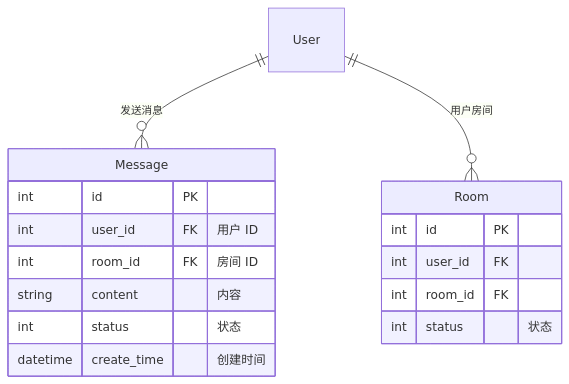
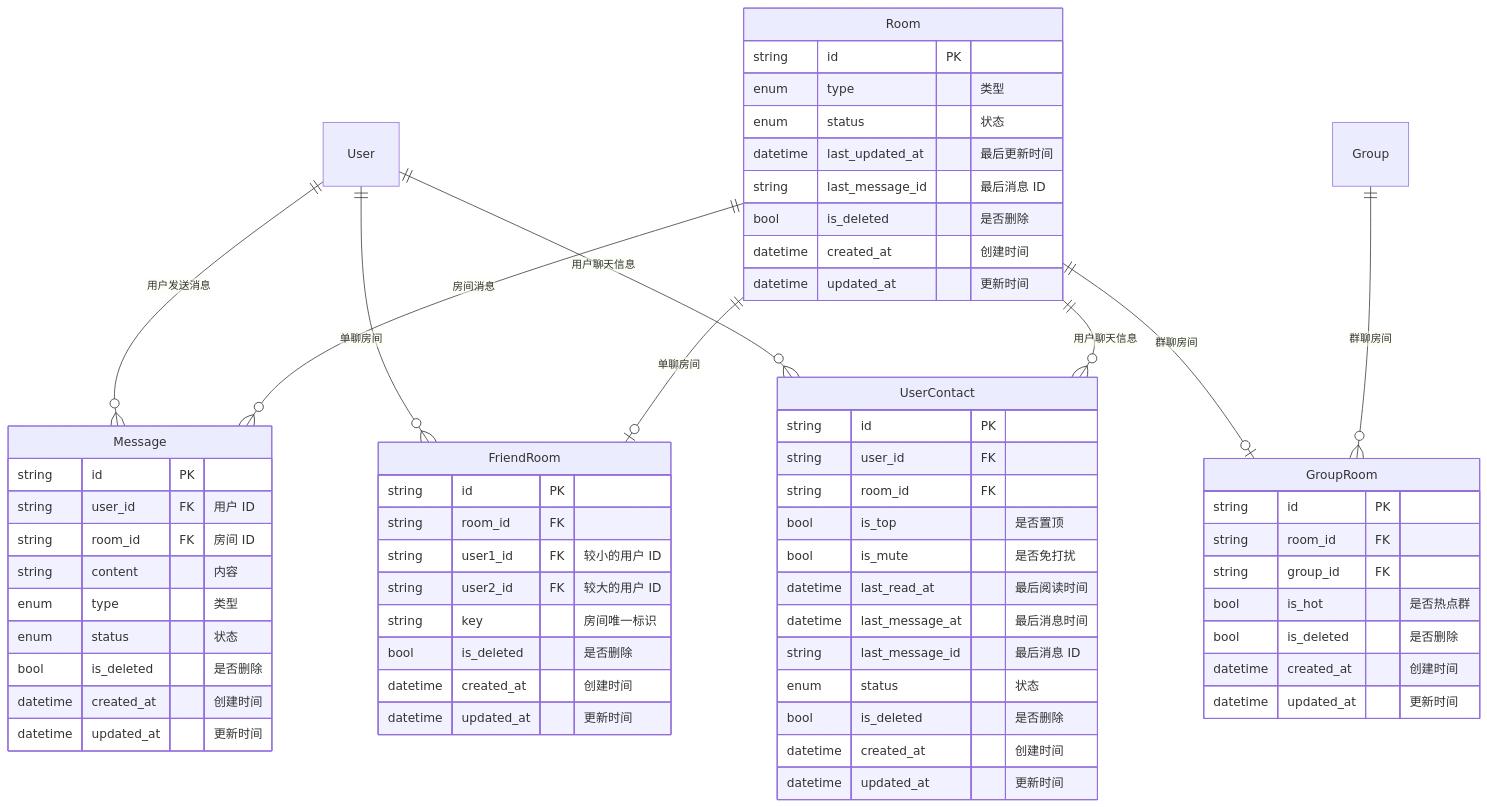
The fourth of 4 diagrams in docs/2.model.md (summer-like-coding/chat-system), drawn with Mermaid before and after one commit. The commit also changed other lines of this file and 5 other files, not shown here.

````diff
--- a/docs/2.model.md
+++ b/docs/2.model.md
@@ -103,21 +144,70 @@
 ```mermaid
 erDiagram
-User ||--o{ Message : "发送消息"
-User ||--o{ Room: "用户房间"
+User ||--o{ Message : "用户发送消息"
+User ||--o{ FriendRoom : "单聊房间"
+Room ||--o| GroupRoom: "群聊房间"
+Room ||--o| FriendRoom: "单聊房间"
+Group ||--o{ GroupRoom: "群聊房间"
+User ||--o{ UserContact: "用户聊天信息"
+Room ||--o{ UserContact: "用户聊天信息"
+Room ||--o{ Message: "房间消息"
 
 Message {
-  int id PK
-  int user_id FK "用户 ID"
-  int room_id FK "房间 ID"
+  string id PK
+  string user_id FK "用户 ID"
+  string room_id FK "房间 ID"
   string content "内容"
-  int status "状态"
-  datetime create_time "创建时间"
+  enum type "类型"
+  enum status "状态"
+  bool is_deleted "是否删除"
+  datetime created_at "创建时间"
+  datetime updated_at "更新时间"
 }
 
 Room {
-  int id PK
-  int user_id FK
-  int room_id FK
-  int status "状态"
+  string id PK
+  enum type "类型"
+  enum status "状态"
+  datetime last_updated_at "最后更新时间"
+  string last_message_id "最后消息 ID"
+  bool is_deleted "是否删除"
+  datetime created_at "创建时间"
+  datetime updated_at "更新时间"
+}
+
+FriendRoom {
+  string id PK
+  string room_id FK
+  string user1_id FK "较小的用户 ID"
+  string user2_id FK "较大的用户 ID"
+  string key "房间唯一标识"
+  bool is_deleted "是否删除"
+  datetime created_at "创建时间"
+  datetime updated_at "更新时间"
+}
+
+GroupRoom {
+  string id PK
+  string room_id FK
+  string group_id FK
+  bool is_hot "是否热点群"
+  bool is_deleted "是否删除"
+  datetime created_at "创建时间"
+  datetime updated_at "更新时间"
+}
+
+UserContact {
+  string id PK
+  string user_id FK
+  string room_id FK
+  bool is_top "是否置顶"
+  bool is_mute "是否免打扰"
+  datetime last_read_at "最后阅读时间"
+  datetime last_message_at "最后消息时间"
+  string last_message_id "最后消息 ID"
+  enum status "状态"
+  bool is_deleted "是否删除"
+  datetime created_at "创建时间"
+  datetime updated_at "更新时间"
 }
 ```
````
